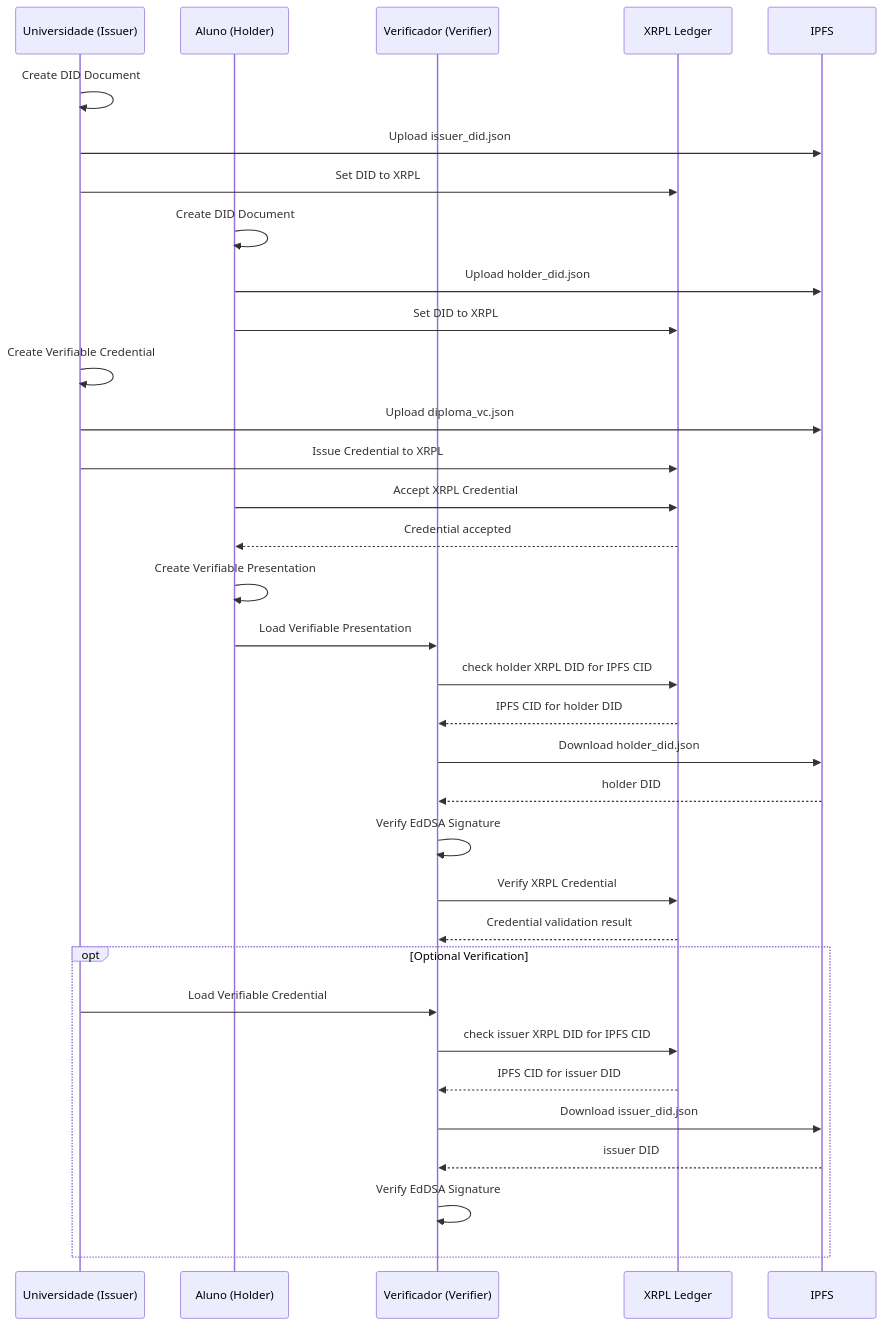
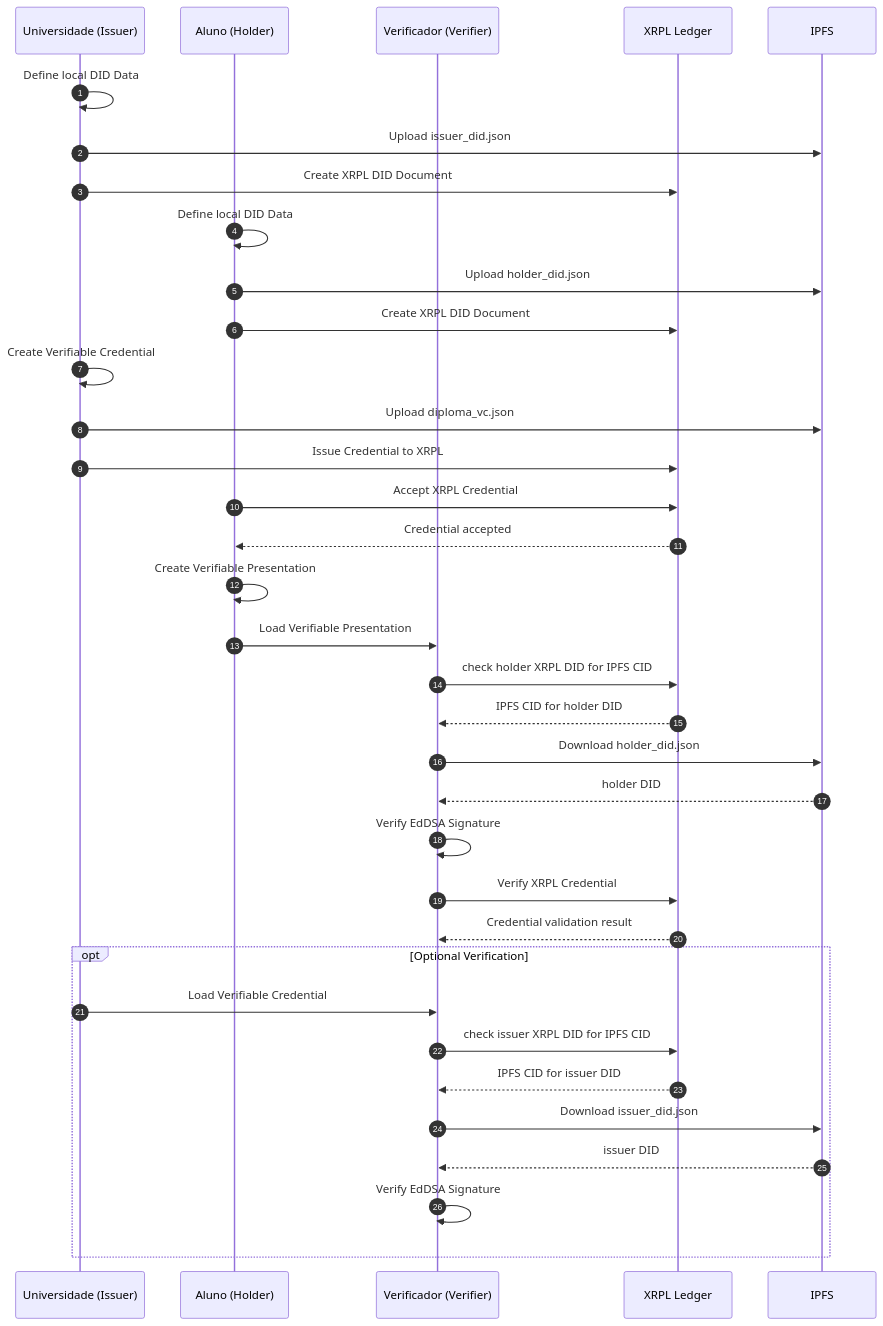
One commit to mauriciopillon/didproject changed the second of 2 diagrams in xrpl-ipfs/readme.md. Above: the diagram before and after it, drawn with Mermaid. The commit also changed other lines of this file and 5 other files, not shown here.

Commit message:
sequence diagram autonumber / script names adjusted

````diff
--- a/xrpl-ipfs/readme.md
+++ b/xrpl-ipfs/readme.md
@@ -107,48 +107,49 @@
 ```mermaid
 sequenceDiagram
+  autonumber
   participant Issuer as Universidade (Issuer)
   participant Holder as Aluno (Holder)
   participant Verifier as Verificador (Verifier)
   participant XRPL as XRPL Ledger
   participant IPFS as IPFS
 
-  Issuer->>Issuer: Create DID Document
+  Issuer->>Issuer: Define local DID Data
   Issuer->>IPFS: Upload issuer_did.json
-  Issuer->>XRPL: Set DID to XRPL
+  Issuer->>XRPL: Create XRPL DID Document
 
-  Holder->>Holder: Create DID Document
+  Holder->>Holder: Define local DID Data
   Holder->>IPFS: Upload holder_did.json
-  Holder->>XRPL: Set DID to XRPL
+  Holder->>XRPL: Create XRPL DID Document
 
   Issuer->>Issuer: Create Verifiable Credential
   Issuer->>IPFS: Upload diploma_vc.json
   Issuer->>XRPL: Issue Credential to XRPL
 
   Holder->>XRPL: Accept XRPL Credential
   XRPL-->>Holder: Credential accepted
 
   Holder->>Holder: Create Verifiable Presentation
   Holder->>Verifier: Load Verifiable Presentation
 
   Verifier->>XRPL: check holder XRPL DID for IPFS CID
   XRPL-->>Verifier: IPFS CID for holder DID 
   Verifier->>IPFS: Download holder_did.json
   IPFS-->>Verifier: holder DID
 
   Verifier->>Verifier: Verify EdDSA Signature
 
   Verifier->>XRPL: Verify XRPL Credential
   XRPL-->>Verifier: Credential validation result
 
   opt Optional Verification
       Issuer->>Verifier: Load Verifiable Credential
       Verifier->>XRPL: check issuer XRPL DID for IPFS CID
       XRPL-->>Verifier: IPFS CID for issuer DID
       Verifier->>IPFS: Download issuer_did.json
       IPFS-->>Verifier: issuer DID
       Verifier->>Verifier: Verify EdDSA Signature
 
   end
 
 
 ```
````
